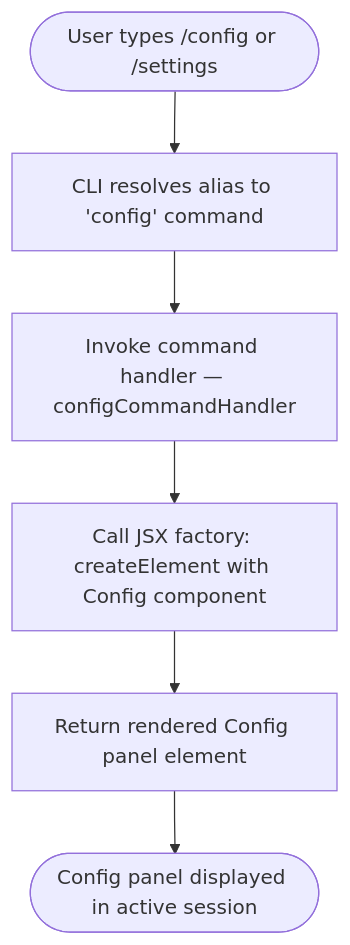
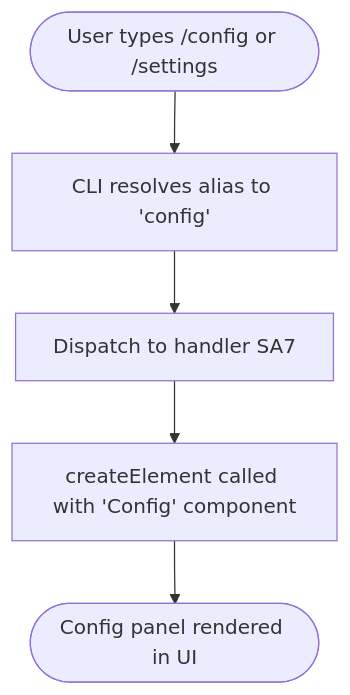
Before and after one commit to MyLittleLuckyDog/cc-gnothi: the diagram in versions/v2.1.133/config.md, drawn with Mermaid. The commit also changed other lines of this file and 95 other files, not shown here.

````diff
--- a/versions/v2.1.133/config.md
+++ b/versions/v2.1.133/config.md
@@ -46,8 +61,7 @@
 ```mermaid
 flowchart TD
-    A([User types /config or /settings]) --> B[CLI resolves alias to 'config' command]
-    B --> C[Invoke command handler — configCommandHandler]
-    C --> D[Call JSX factory: createElement with Config component]
-    D --> E[Return rendered Config panel element]
-    E --> F([Config panel displayed in active session])
+    A([User types /config or /settings]) --> B[CLI resolves alias to 'config']
+    B --> C[Dispatch to handler SA7]
+    C --> D[createElement called with 'Config' component]
+    D --> E([Config panel rendered in UI])
 ```
````
